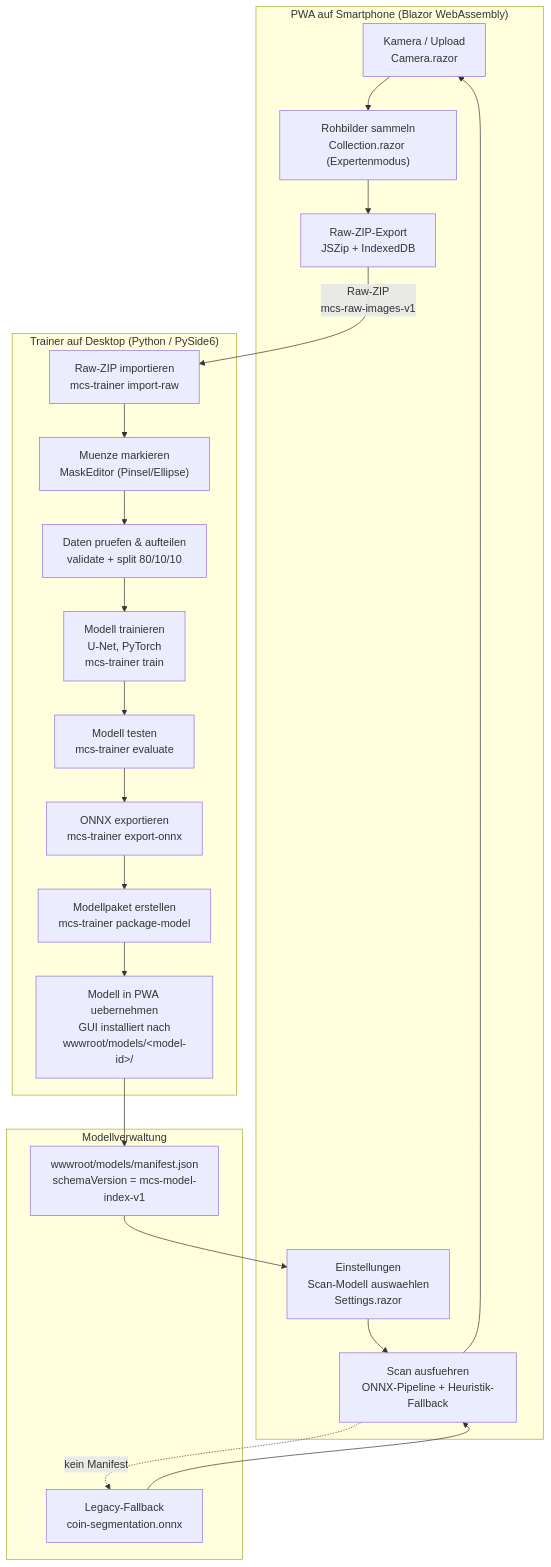
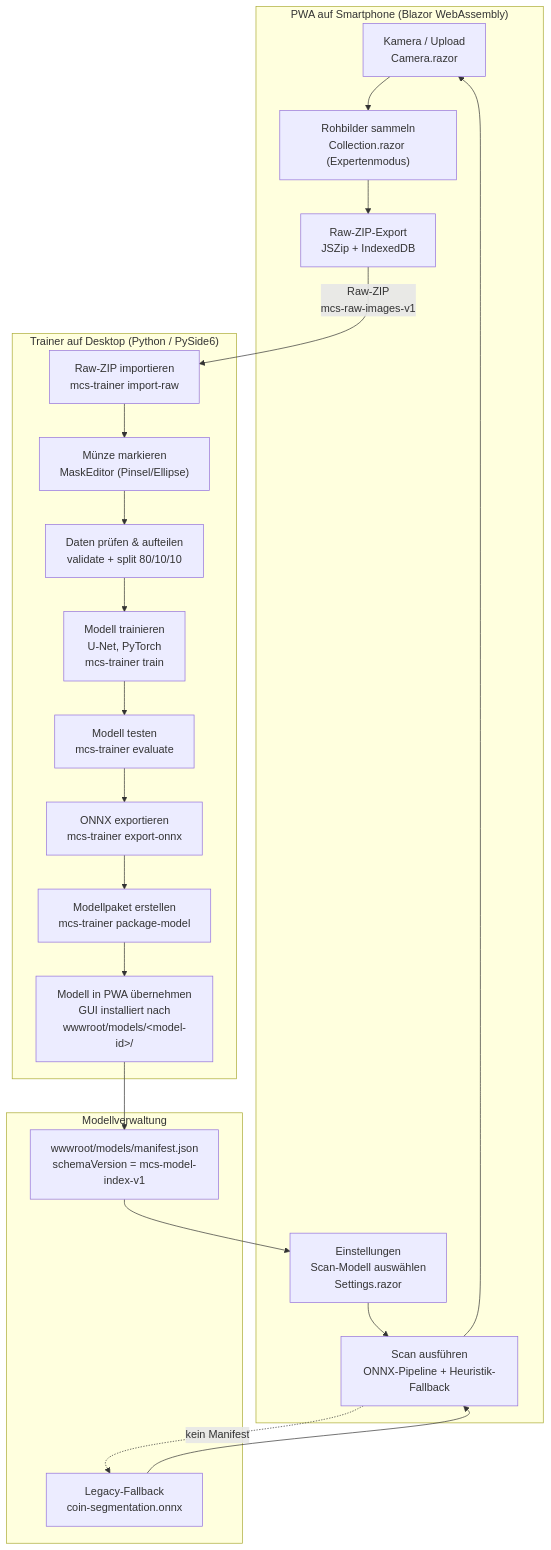
One commit to hesspet/MagicCoinSnapper changed the diagram in PROJEKTUEBERSICHT.md. Above: the diagram before and after it, drawn with Mermaid. The commit also changed other lines of this file and 14 other files, not shown here.

````diff
--- a/PROJEKTUEBERSICHT.md
+++ b/PROJEKTUEBERSICHT.md
@@ -32,43 +32,43 @@
 ```mermaid
 flowchart TD
   subgraph PWA["PWA auf Smartphone (Blazor WebAssembly)"]
     A["Kamera / Upload\nCamera.razor"]
     B["Rohbilder sammeln\nCollection.razor (Expertenmodus)"]
     C["Raw-ZIP-Export\nJSZip + IndexedDB"]
-    D["Scan ausfuehren\nONNX-Pipeline + Heuristik-Fallback"]
-    E["Einstellungen\nScan-Modell auswaehlen\nSettings.razor"]
+    D["Scan ausführen\nONNX-Pipeline + Heuristik-Fallback"]
+    E["Einstellungen\nScan-Modell auswählen\nSettings.razor"]
   end
 
   subgraph Trainer["Trainer auf Desktop (Python / PySide6)"]
     F["Raw-ZIP importieren\nmcs-trainer import-raw"]
-    G["Muenze markieren\nMaskEditor (Pinsel/Ellipse)"]
-    H["Daten pruefen & aufteilen\nvalidate + split 80/10/10"]
+    G["Münze markieren\nMaskEditor (Pinsel/Ellipse)"]
+    H["Daten prüfen & aufteilen\nvalidate + split 80/10/10"]
     I["Modell trainieren\nU-Net, PyTorch\nmcs-trainer train"]
     J["Modell testen\nmcs-trainer evaluate"]
     K["ONNX exportieren\nmcs-trainer export-onnx"]
     L["Modellpaket erstellen\nmcs-trainer package-model"]
-    M["Modell in PWA uebernehmen\nGUI installiert nach\nwwwroot/models/&lt;model-id&gt;/"]
+    M["Modell in PWA übernehmen\nGUI installiert nach\nwwwroot/models/&lt;model-id&gt;/"]
   end
 
   subgraph Store["Modellverwaltung"]
     N["wwwroot/models/manifest.json\nschemaVersion = mcs-model-index-v1"]
     O["Legacy-Fallback\ncoin-segmentation.onnx"]
   end
 
   A --> B
   B --> C
   C -- "Raw-ZIP\nmcs-raw-images-v1" --> F
   F --> G
   G --> H
   H --> I
   I --> J
   J --> K
   K --> L
   L --> M
   M --> N
   N --> E
   E --> D
   D -. "kein Manifest" .-> O
   O --> D
   D --> A
 ```
````
